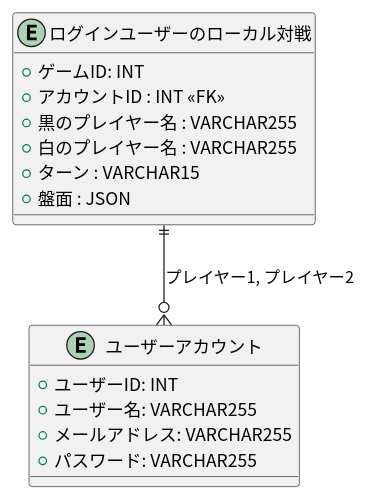
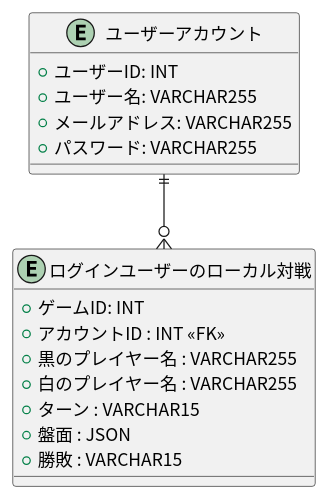
Before and after one commit to tomoki-shiozaki/othello: the diagram in docs/er/er_diagram.pu, drawn with PlantUML. The commit also changed 5 other files, not shown here.

```diff
--- a/docs/er/er_diagram.pu
+++ b/docs/er/er_diagram.pu
@@ -1,20 +1,22 @@
 @startuml er
 skinparam defaultFontName "Noto Sans CJK JP"
 entity "ユーザーアカウント" {
   +ユーザーID: INT
   +ユーザー名: VARCHAR255
   +メールアドレス: VARCHAR255
   +パスワード: VARCHAR255
 }
 
 entity "ログインユーザーのローカル対戦" {
   +ゲームID: INT
   +アカウントID : INT <<FK>>
   +黒のプレイヤー名 : VARCHAR255
   +白のプレイヤー名 : VARCHAR255
   +ターン : VARCHAR15
   +盤面 : JSON 
+  +勝敗 : VARCHAR15
 }
 
-"ログインユーザーのローカル対戦" ||--o{ "ユーザーアカウント" : "プレイヤー1, プレイヤー2"
+"ユーザーアカウント" ||--o{ "ログインユーザーのローカル対戦"
+
 @enduml
```
